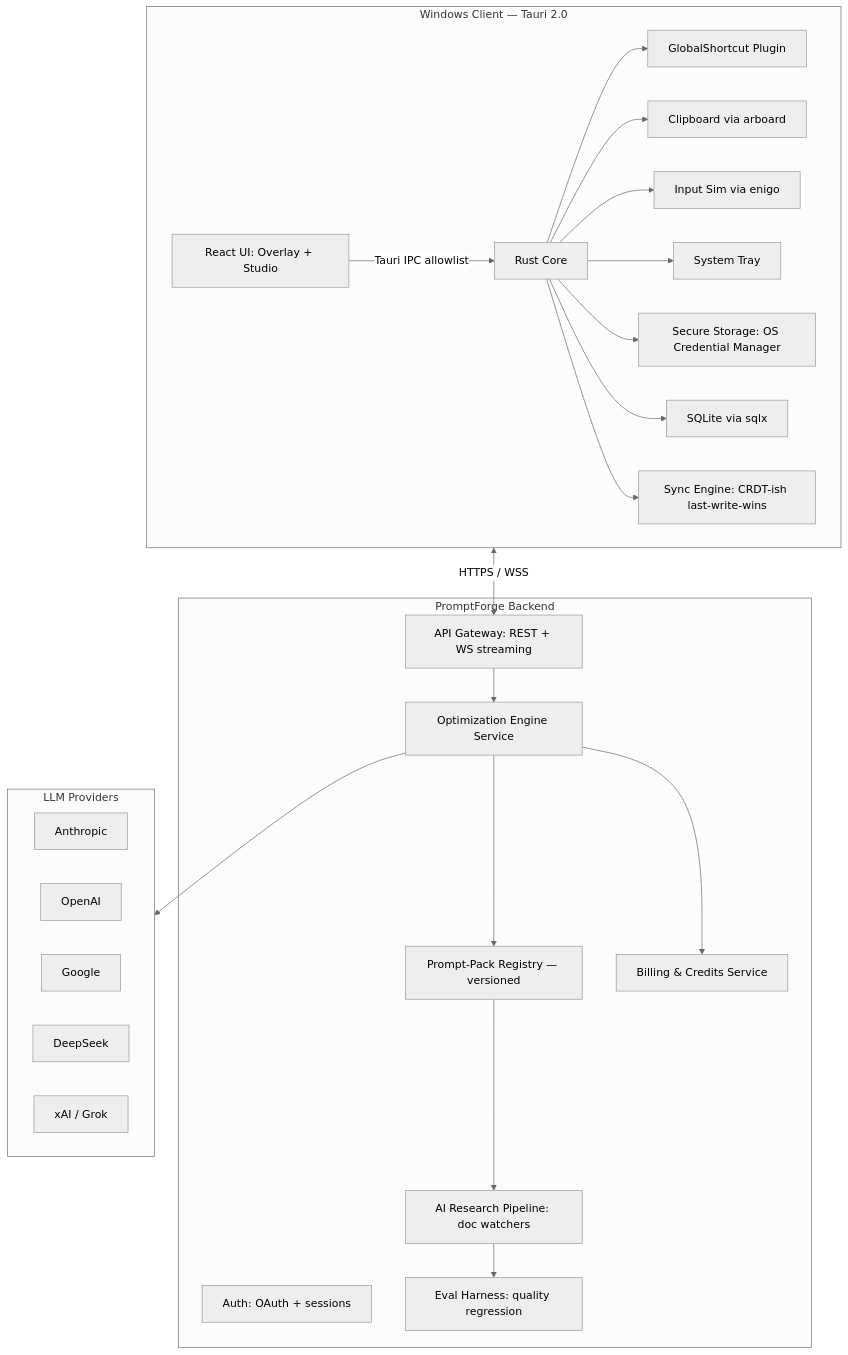
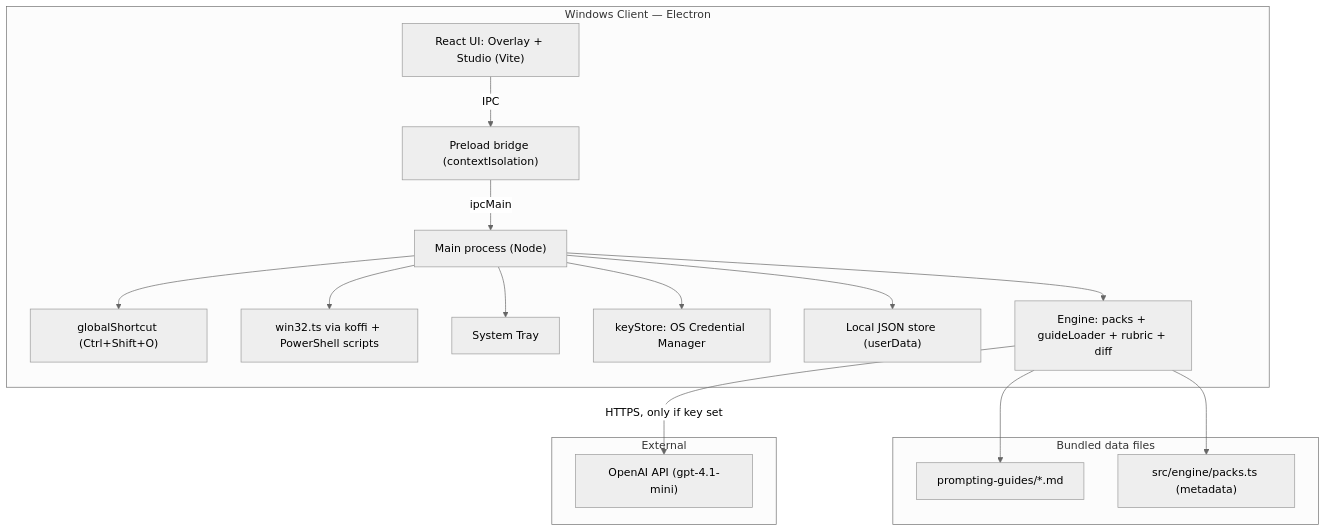
Before and after one commit to jules200769/prompting-agent: the third of 4 diagrams in CONCEPT.md, drawn with Mermaid (neutral theme). The commit also changed other lines of this file and 22 other files, not shown here.

````diff
--- a/CONCEPT.md
+++ b/CONCEPT.md
@@ -287,48 +295,35 @@
 ```mermaid
 flowchart TB
-    subgraph Client[Windows Client — Tauri 2.0]
-        UI["React UI: Overlay + Studio"]
-        Core[Rust Core]
-        HK[GlobalShortcut Plugin]
-        Clip[Clipboard via arboard]
-        Inj[Input Sim via enigo]
-        Tray[System Tray]
-        Vault["Secure Storage: OS Credential Manager"]
-        LocalDB[SQLite via sqlx]
-        Sync["Sync Engine: CRDT-ish last-write-wins"]
-        UI -- Tauri IPC allowlist --> Core
-        Core --> HK
-        Core --> Clip
-        Core --> Inj
-        Core --> Tray
-        Core --> Vault
-        Core --> LocalDB
-        Core --> Sync
+    subgraph Client[Windows Client — Electron]
+        UI["React UI: Overlay + Studio (Vite)"]
+        Preload["Preload bridge (contextIsolation)"]
+        Main["Main process (Node)"]
+        HK["globalShortcut (Ctrl+Shift+O)"]
+        Win32["win32.ts via koffi + PowerShell scripts"]
+        Tray["System Tray"]
+        Keys["keyStore: OS Credential Manager"]
+        Store["Local JSON store (userData)"]
+        Engine["Engine: packs + guideLoader + rubric + diff"]
+        UI -- IPC --> Preload
+        Preload -- ipcMain --> Main
+        Main --> HK
+        Main --> Win32
+        Main --> Tray
+        Main --> Keys
+        Main --> Store
+        Main --> Engine
     end
 
-    subgraph Backend[PromptForge Backend]
-        Gateway["API Gateway: REST + WS streaming"]
-        Engine[Optimization Engine Service]
-        Registry[Prompt-Pack Registry — versioned]
-        Research["AI Research Pipeline: doc watchers"]
-        Billing["Billing & Credits Service"]
-        Auth["Auth: OAuth + sessions"]
-        Eval["Eval Harness: quality regression"]
-        Gateway --> Engine
-        Engine --> Registry
-        Engine --> Billing
-        Registry --> Research
-        Research --> Eval
+    subgraph Files[Bundled data files]
+        Guides["prompting-guides/*.md"]
+        Packs["src/engine/packs.ts (metadata)"]
     end
 
-    subgraph Providers[LLM Providers]
-        Anthro[Anthropic]
-        OpenAI[OpenAI]
-        Google[Google]
-        Deep[DeepSeek]
-        xAI[xAI / Grok]
+    subgraph Ext[External]
+        OpenAI["OpenAI API (gpt-4.1-mini)"]
     end
 
-    Client <-->|HTTPS / WSS| Gateway
-    Engine --> Providers
+    Engine --> Guides
+    Engine --> Packs
+    Engine -->|HTTPS, only if key set| OpenAI
 ```
````
